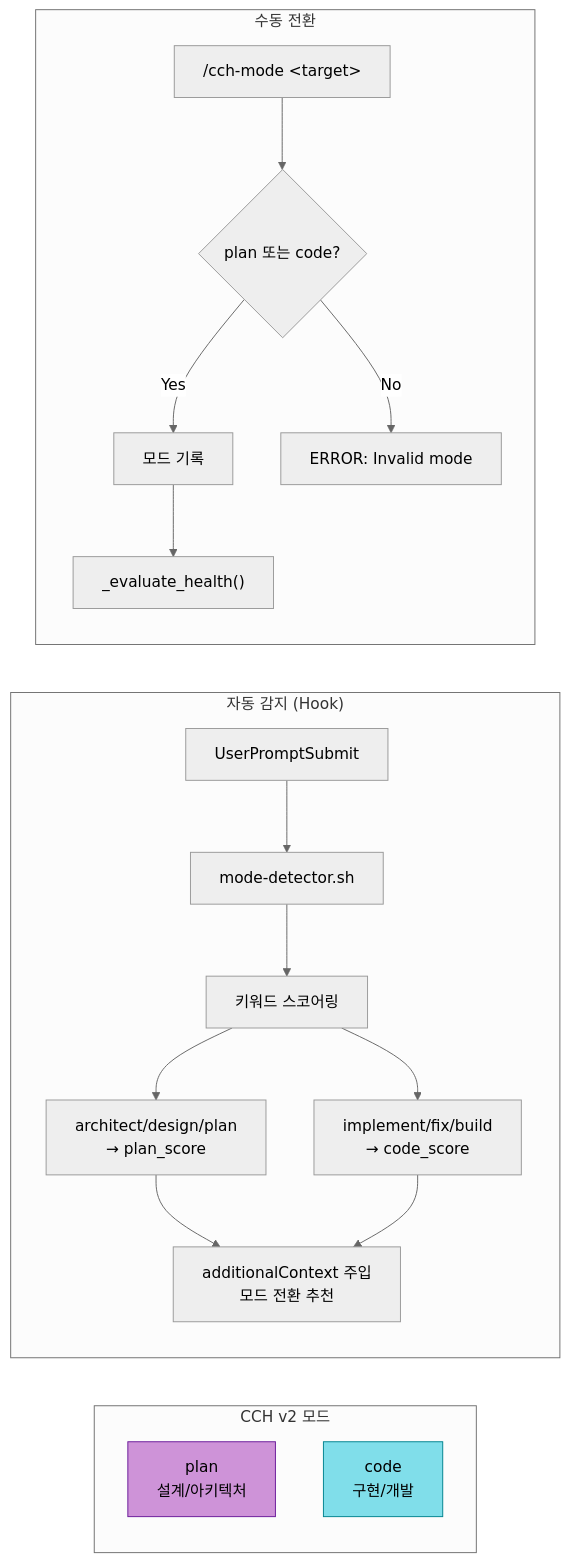
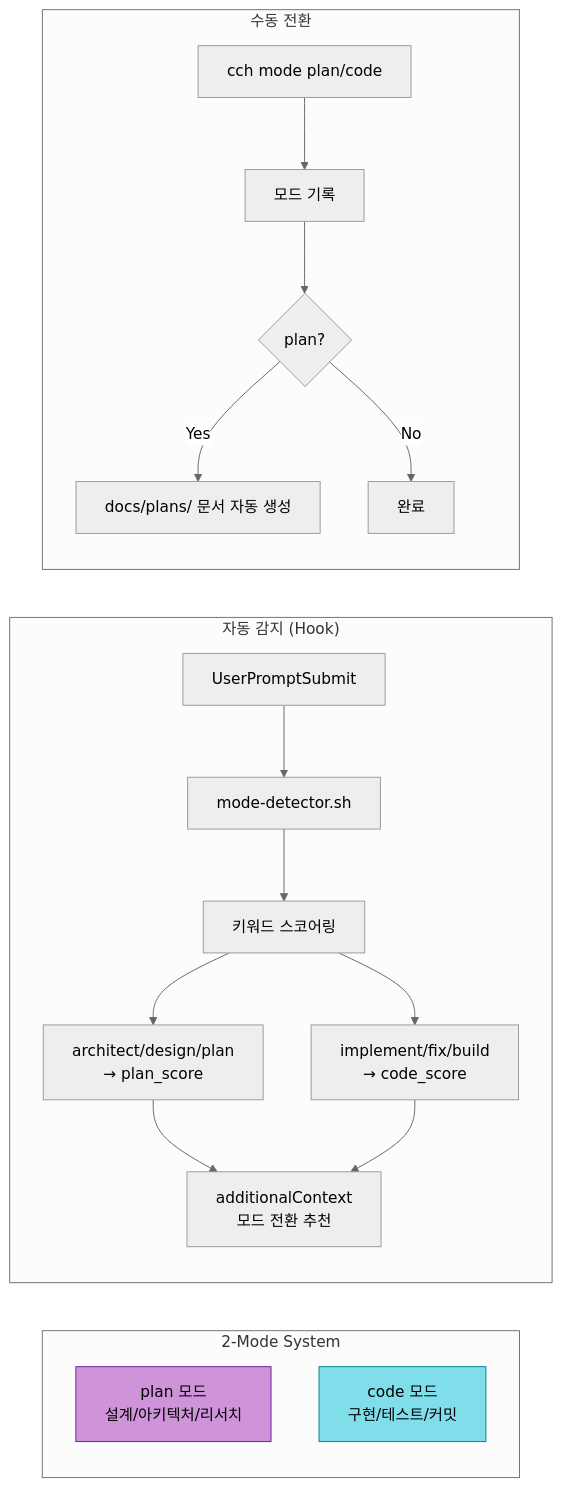
Before and after one commit to skdkfk8758/claude-code-harness: the sixth of 18 diagrams in docs/diagrams/cch-workflows.md, drawn with Mermaid (neutral theme). The commit also changed other lines of this file and 10 other files, not shown here.

Commit message:
docs: add plan documents and diagrams from current session

````diff
--- a/docs/diagrams/cch-workflows.md
+++ b/docs/diagrams/cch-workflows.md
@@ -129,26 +278,26 @@
 ```mermaid
 flowchart LR
-    subgraph Modes["CCH v2 모드"]
-        PLAN["plan<br/>설계/아키텍처"]
-        CODE["code<br/>구현/개발"]
+    subgraph Modes["2-Mode System"]
+        PLAN["plan 모드<br/>설계/아키텍처/리서치"]
+        CODE["code 모드<br/>구현/테스트/커밋"]
     end
 
     subgraph AutoDetect["자동 감지 (Hook)"]
         PROMPT["UserPromptSubmit"] --> DETECTOR["mode-detector.sh"]
         DETECTOR --> SCORE["키워드 스코어링"]
         SCORE --> PLAN_KW["architect/design/plan<br/>→ plan_score"]
         SCORE --> CODE_KW["implement/fix/build<br/>→ code_score"]
-        PLAN_KW --> INJECT["additionalContext 주입<br/>모드 전환 추천"]
+        PLAN_KW --> INJECT["additionalContext<br/>모드 전환 추천"]
         CODE_KW --> INJECT
     end
 
     subgraph ManualSwitch["수동 전환"]
-        CMD["/cch-mode &lt;target&gt;"] --> VALIDATE{"plan 또는 code?"}
-        VALIDATE -->|Yes| WRITE_MODE["모드 기록"]
-        VALIDATE -->|No| ERR["ERROR: Invalid mode"]
-        WRITE_MODE --> RE_HEALTH["_evaluate_health()"]
+        CMD["cch mode plan/code"] --> WRITE_MODE["모드 기록"]
+        WRITE_MODE --> AUTO_DOC{"plan?"}
+        AUTO_DOC -->|Yes| CREATE_PLAN["docs/plans/ 문서 자동 생성"]
+        AUTO_DOC -->|No| DONE["완료"]
     end
 
     style PLAN fill:#CE93D8,stroke:#6A1B9A
     style CODE fill:#80DEEA,stroke:#00838F
 ```
````
